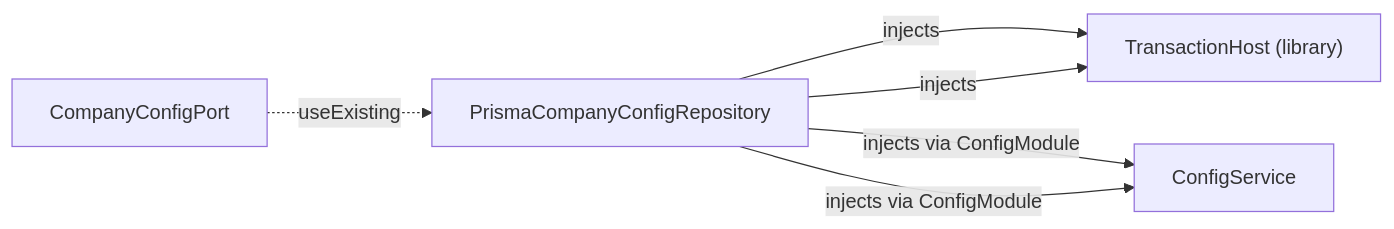
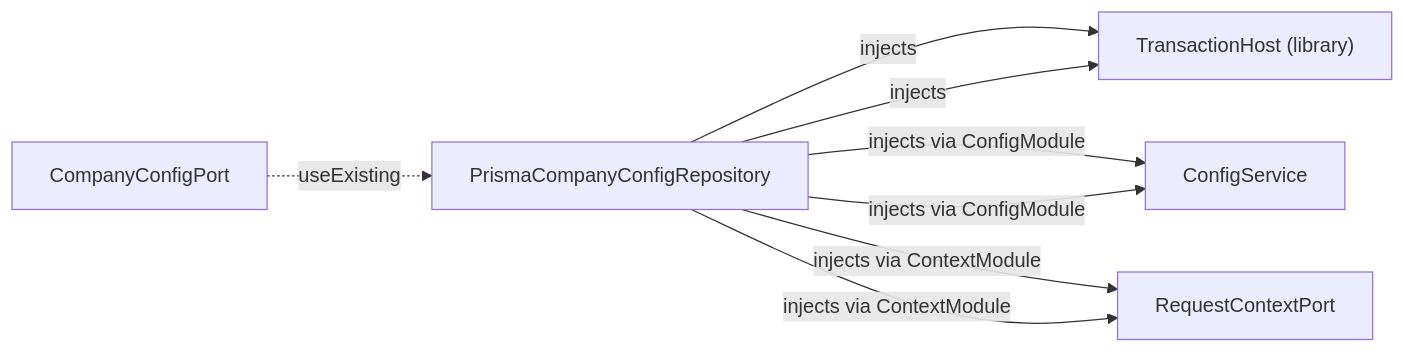
Before and after one commit to ashrafemon/ddd-boilerplate: diagram 12 of 22 in docs/DI-WIRING.md, drawn with Mermaid. The commit also changed other lines of this file and 116 other files, not shown here.

````diff
--- a/docs/DI-WIRING.md
+++ b/docs/DI-WIRING.md
@@ -569,12 +579,15 @@
 ```mermaid
 flowchart LR
     CompanyConfigPort["CompanyConfigPort"]
     PrismaCompanyConfigRepository["PrismaCompanyConfigRepository"]
     CompanyConfigPort -.->|useExisting| PrismaCompanyConfigRepository
     TransactionHost__library_["TransactionHost (library)"]
     PrismaCompanyConfigRepository -->|injects| TransactionHost__library_
     ConfigService["ConfigService"]
     PrismaCompanyConfigRepository -->|injects via ConfigModule| ConfigService
+    RequestContextPort["RequestContextPort"]
+    PrismaCompanyConfigRepository -->|injects via ContextModule| RequestContextPort
     PrismaCompanyConfigRepository -->|injects| TransactionHost__library_
     PrismaCompanyConfigRepository -->|injects via ConfigModule| ConfigService
+    PrismaCompanyConfigRepository -->|injects via ContextModule| RequestContextPort
 ```
````
